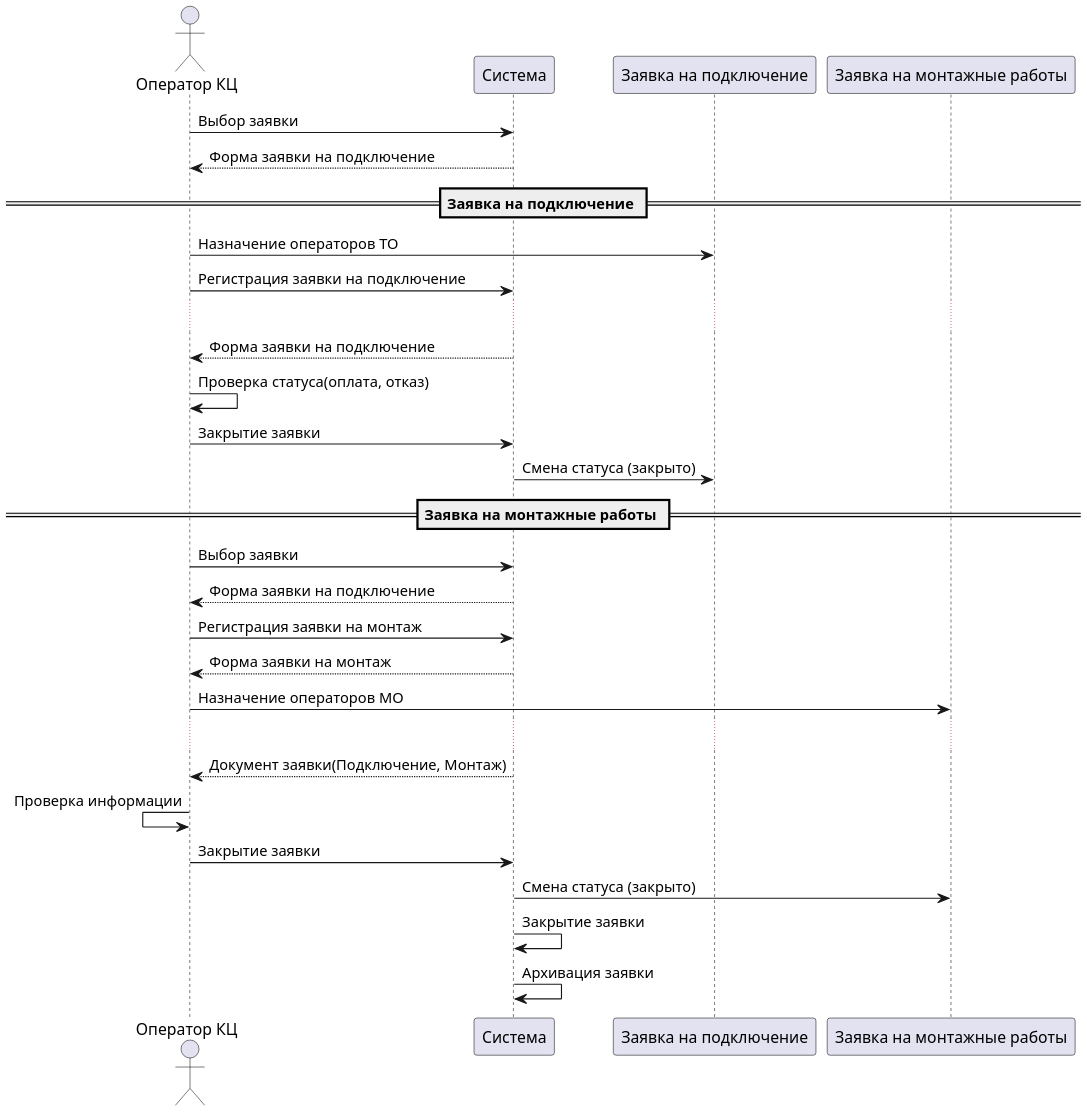
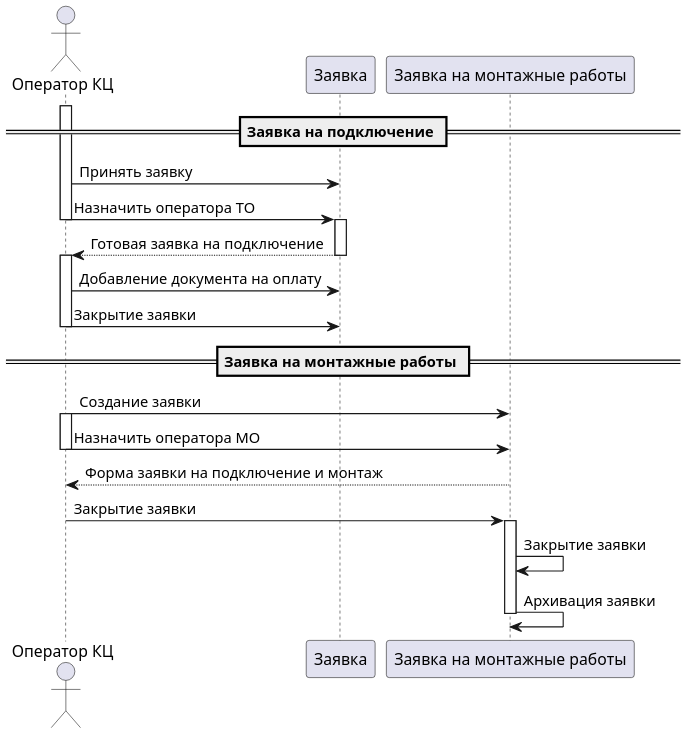
Before and after one commit to Gradergage/software-design-2018: the second of 4 diagrams in src/uml/dynamic.puml, drawn with PlantUML. The commit also changed other lines of this file and 16 other files, not shown here.

```diff
--- a/src/uml/dynamic.puml
+++ b/src/uml/dynamic.puml
@@ -38,36 +42,35 @@
 @startuml
 'Оператор КЦ'
 skinparam dpi 180
 actor "Оператор КЦ" as A
-participant "Система" as D
-participant "Заявка на подключение" as B
-participant "Заявка на монтажные работы" as C
-A->D : Выбор заявки
+participant "Заявка" as B
+participant "Заявка на монтажные работы" as D
+== Заявка на подключение ==
+
+activate A
+A->B : Принять заявку
+A->B : Назначить оператора ТО
+deactivate A
+
+activate B
+B --> A : Готовая заявка на подключение
+deactivate B
+activate A
+A->B : Добавление документа на оплату
+A->B : Закрытие заявки
+deactivate A
+
+== Заявка на монтажные работы ==
 
 
-D --> A : Форма заявки на подключение
-
-== Заявка на подключение ==
-A->B : Назначение операторов ТО
-A->D : Регистрация заявки на подключение
-
-...
-A<--D : Форма заявки на подключение
-A->A : Проверка статуса(оплата, отказ)
-A->D : Закрытие заявки
-D->B : Смена статуса (закрыто)
-
-== Заявка на монтажные работы ==
-A->D : Выбор заявки
-D --> A : Форма заявки на подключение
-A->D : Регистрация заявки на монтаж
-D --> A : Форма заявки на монтаж
-A->C : Назначение операторов МО
-...
-A<--D : Документ заявки(Подключение, Монтаж)
-A<-A : Проверка информации
-A->D : Закрытие заявки
-D->C : Смена статуса (закрыто)
+A->D : Создание заявки
+activate A
+A->D : Назначить оператора МО
+deactivate A
+D --> A : Форма заявки на подключение и монтаж
+A -> D : Закрытие заявки
+activate D
 D -> D : Закрытие заявки
 D -> D : Архивация заявки
+deactivate D
 @enduml
```
